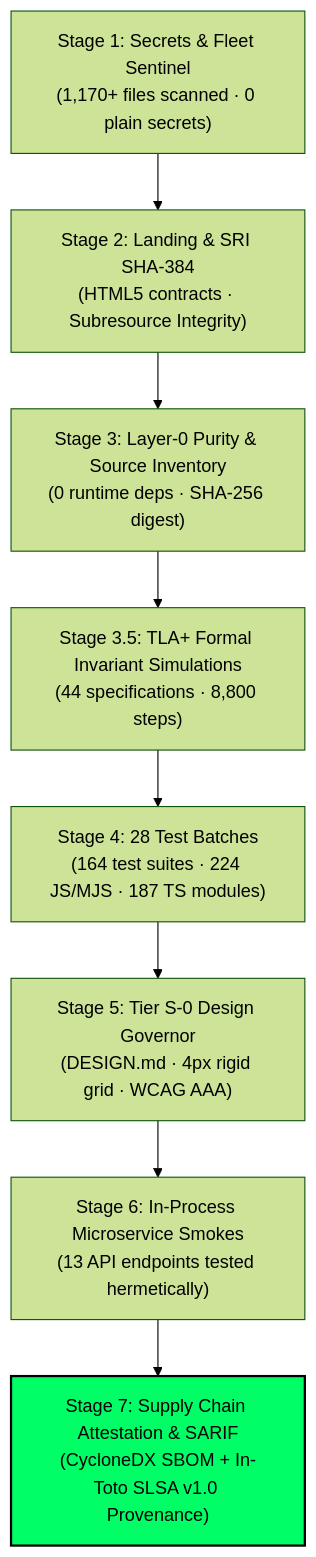
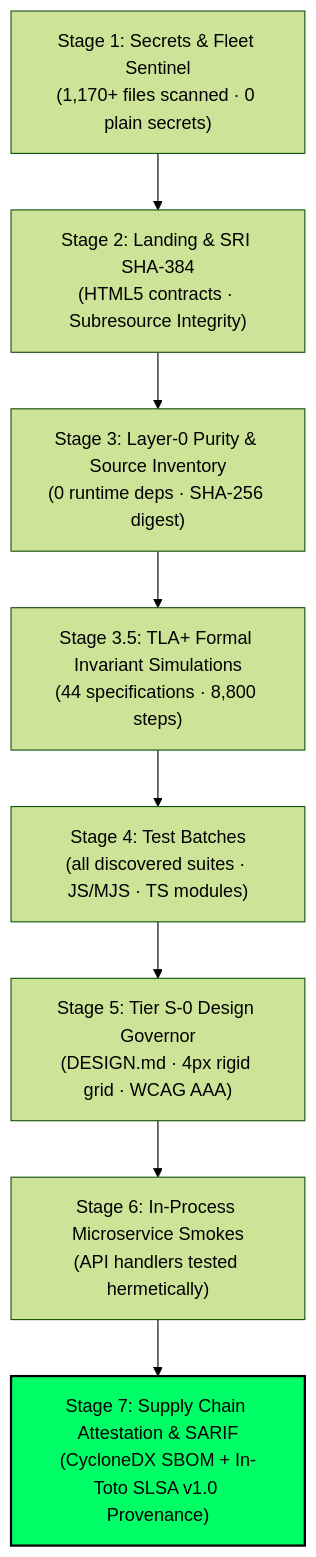
The diagram in README.md (valentinflorezarbelaez-ai/Glorian-System-), drawn with Mermaid (forest theme) before and after one commit. The commit also changed other lines of this file and 40 other files, not shown here.

First line of the commit message:
chore(governance): enforce coverage, hygiene and architecture gates

````diff
--- a/README.md
+++ b/README.md
@@ -65,11 +65,11 @@
 ```mermaid
 flowchart TD
     S1["Stage 1: Secrets & Fleet Sentinel\n(1,170+ files scanned · 0 plain secrets)"] --> S2["Stage 2: Landing & SRI SHA-384\n(HTML5 contracts · Subresource Integrity)"]
     S2 --> S3["Stage 3: Layer-0 Purity & Source Inventory\n(0 runtime deps · SHA-256 digest)"]
     S3 --> S35["Stage 3.5: TLA+ Formal Invariant Simulations\n(44 specifications · 8,800 steps)"]
-    S35 --> S4["Stage 4: 28 Test Batches\n(164 test suites · 224 JS/MJS · 187 TS modules)"]
+    S35 --> S4["Stage 4: Test Batches\n(all discovered suites · JS/MJS · TS modules)"]
     S4 --> S5["Stage 5: Tier S-0 Design Governor\n(DESIGN.md · 4px rigid grid · WCAG AAA)"]
-    S5 --> S6["Stage 6: In-Process Microservice Smokes\n(13 API endpoints tested hermetically)"]
+    S5 --> S6["Stage 6: In-Process Microservice Smokes\n(API handlers tested hermetically)"]
     S6 --> S7["Stage 7: Supply Chain Attestation & SARIF\n(CycloneDX SBOM + In-Toto SLSA v1.0 Provenance)"]
     style S7 fill:#00FF66,stroke:#000,stroke-width:2px,color:#000
 ```
````
